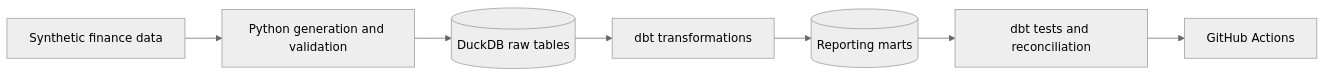
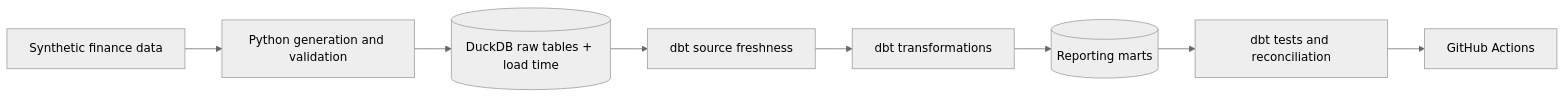
Before and after one commit to Wasim-Jussab/finance-analytics-engineering-portfolio: the diagram in README.md, drawn with Mermaid (neutral theme). The commit also changed other lines of this file and 12 other files, not shown here.

Commit message:
Day 16: add source freshness controls

````diff
--- a/README.md
+++ b/README.md
@@ -11,9 +11,10 @@
 ```mermaid
 flowchart LR
     A["Synthetic finance data"] --> B["Python generation and validation"]
-    B --> C[("DuckDB raw tables")]
-    C --> D["dbt transformations"]
+    B --> C[("DuckDB raw tables + load time")]
+    C --> H["dbt source freshness"]
+    H --> D["dbt transformations"]
     D --> E[("Reporting marts")]
     E --> F["dbt tests and reconciliation"]
     F --> G["GitHub Actions"]
 ```
````
